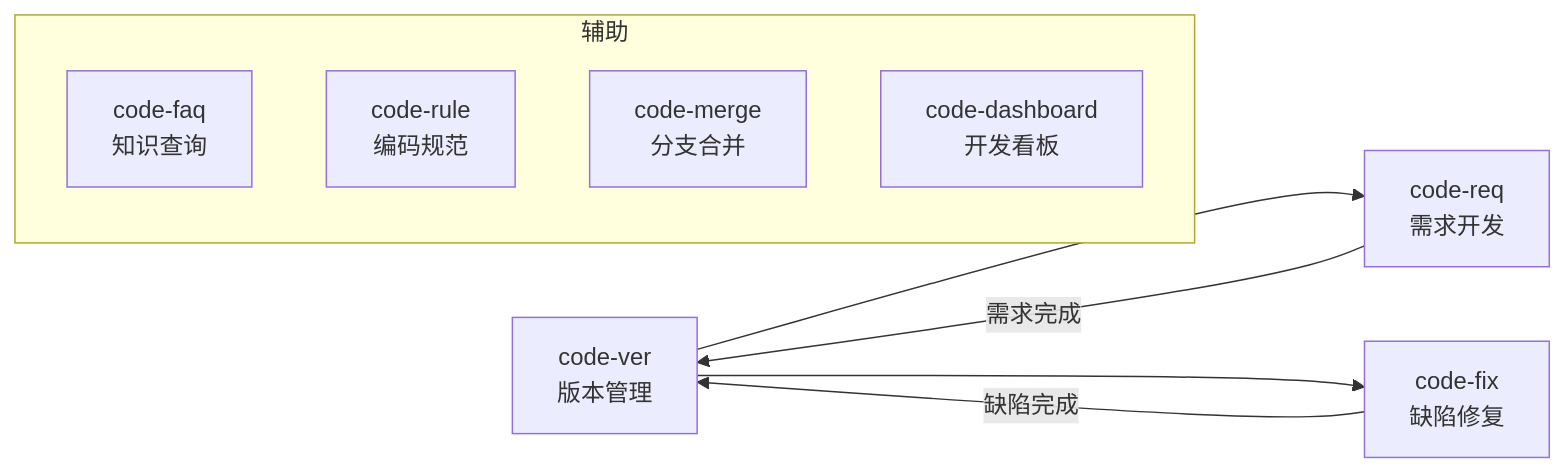
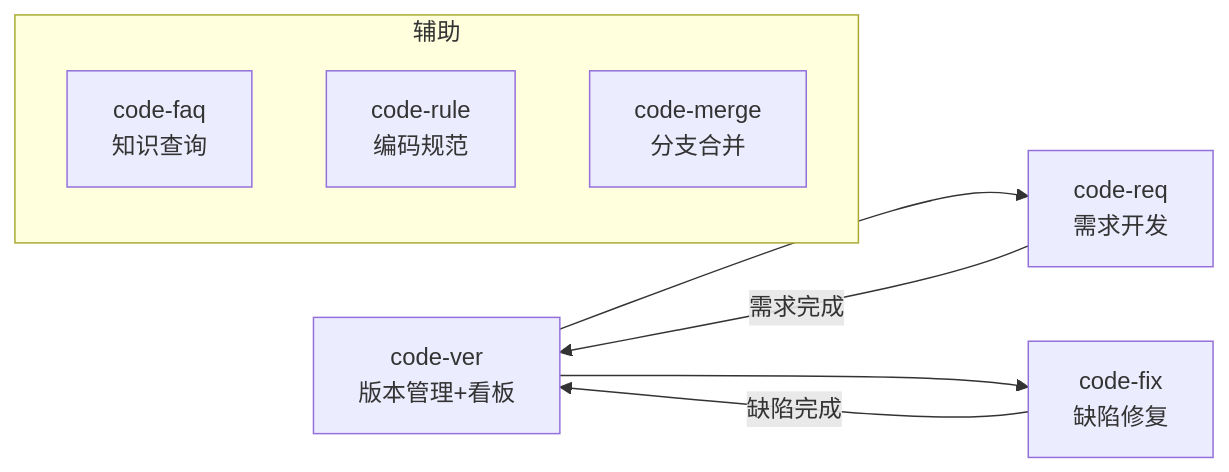
The diagram in plugins/code-skills/README.md (wm123450405/code-skills), drawn with Mermaid before and after one commit. The commit also changed other lines of this file and 14 other files, not shown here.

````diff
--- a/plugins/code-skills/README.md
+++ b/plugins/code-skills/README.md
@@ -74,15 +72,14 @@
 ```mermaid
 flowchart LR
-    CV[code-ver<br/>版本管理] --> CR[code-req<br/>需求开发]
+    CV[code-ver<br/>版本管理+看板] --> CR[code-req<br/>需求开发]
     CV --> CF[code-fix<br/>缺陷修复]
 
     CR -->|需求完成| CV
     CF -->|缺陷完成| CV
 
     subgraph 辅助
         CQ[code-faq<br/>知识查询]
         CRL[code-rule<br/>编码规范]
         CM[code-merge<br/>分支合并]
-        CD[code-dashboard<br/>开发看板]
     end
 ```
````
